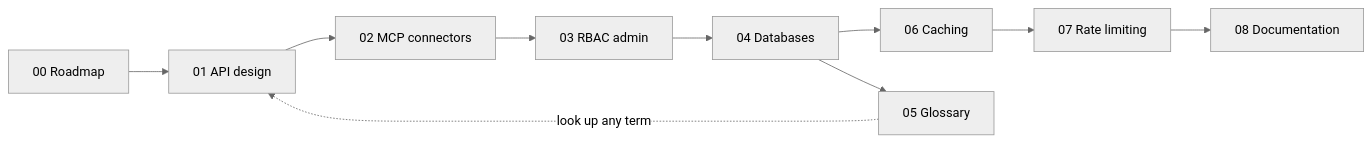
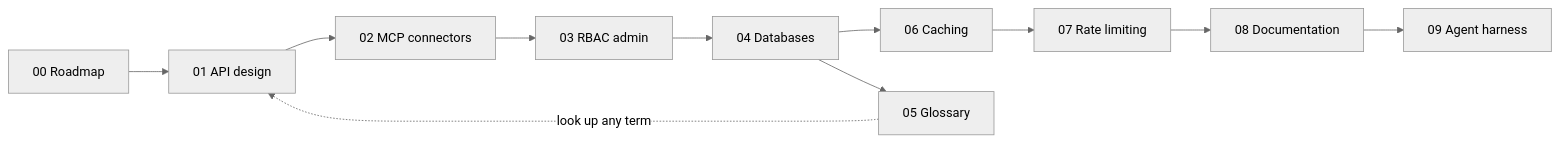
Before and after one commit to axomiyaindie/agentic-backend-cookbook: the diagram in README.md, drawn with Mermaid (neutral theme). The commit also changed other lines of this file, not shown here.

Commit message:
Add section 09 to README: table, mermaid, lessons index, verify

````diff
--- a/README.md
+++ b/README.md
@@ -107,12 +110,13 @@
 ```mermaid
 flowchart LR
     A[00 Roadmap] --> B[01 API design]
     B --> C[02 MCP connectors]
     C --> D[03 RBAC admin]
     D --> E[04 Databases]
     E --> F[06 Caching]
     F --> G[07 Rate limiting]
     G --> H[08 Documentation]
+    H --> J[09 Agent harness]
     E --> I[05 Glossary]
     I -. look up any term .-> B
 ```
````
